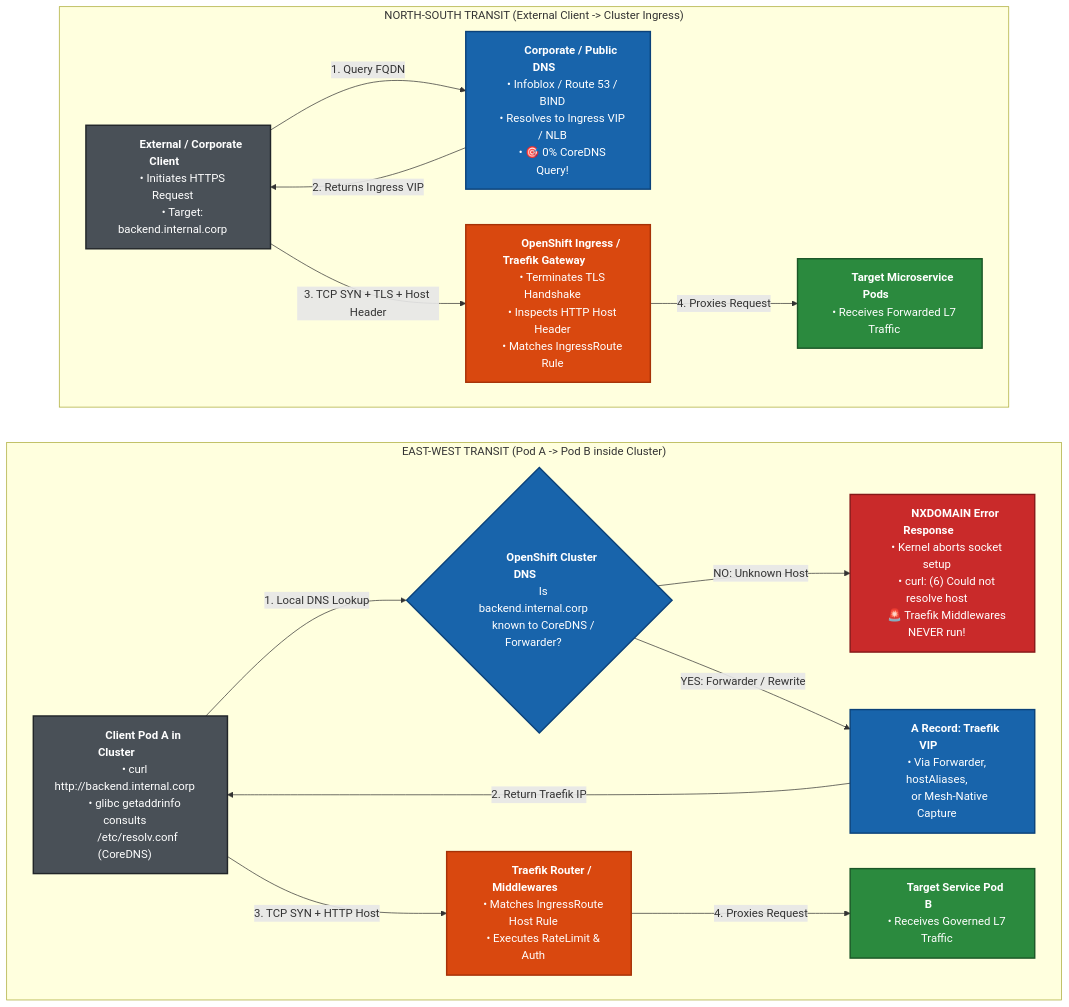
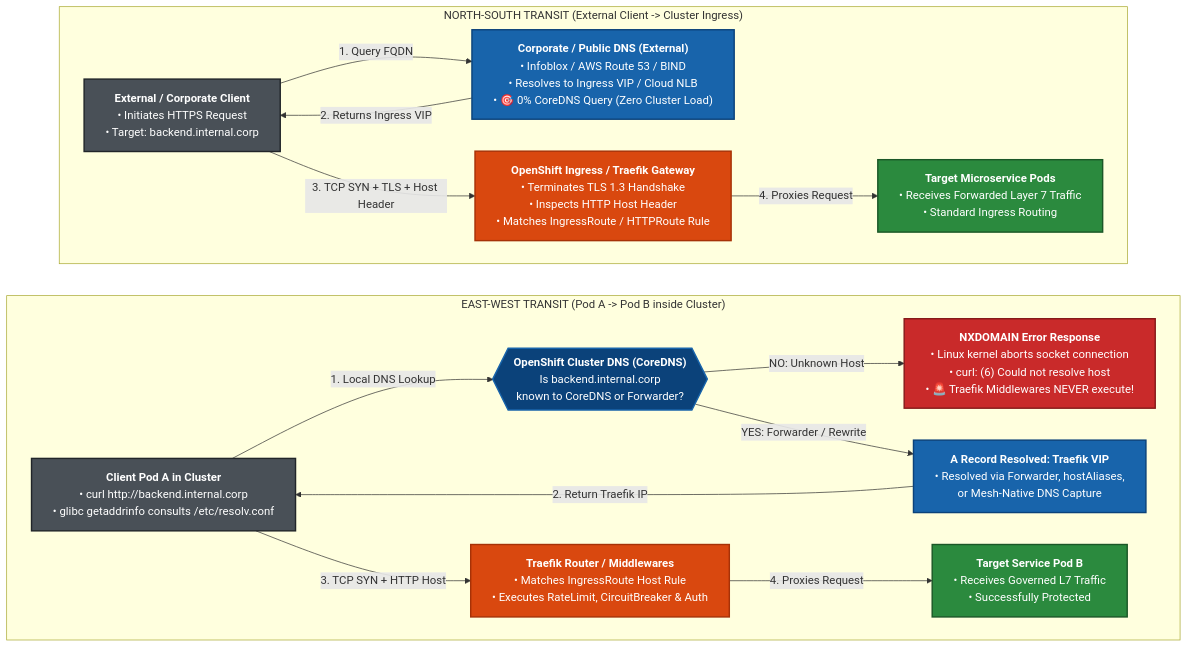
Before and after one commit to nubenetes/cloudnative-ingress-mesh-lab: the first of 10 diagrams in docs/FQDN_ROUTING.md, drawn with Mermaid. The commit also changed other lines of this file, not shown here.

Commit message:
fix(diagram): expand node widths, wrap text cleanly and use wide decision gate in Diagram 2.1 in FQDN_ROUTING.md

````diff
--- a/docs/FQDN_ROUTING.md
+++ b/docs/FQDN_ROUTING.md
@@ -82,52 +84,55 @@
 ```mermaid
+%%{init: {"flowchart": {"wrappingWidth": 450, "nodeSpacing": 45, "rankSpacing": 45}}}%%
 flowchart TD
-    subgraph NorthSouth ["&nbsp;&nbsp;&nbsp;&nbsp;&nbsp;&nbsp;&nbsp;&nbsp;&nbsp;&nbsp;&nbsp;&nbsp;NORTH-SOUTH TRANSIT (External Client -> Cluster Ingress)&nbsp;&nbsp;&nbsp;&nbsp;&nbsp;&nbsp;&nbsp;&nbsp;&nbsp;&nbsp;&nbsp;&nbsp;"]
-        ExtClient["&nbsp;&nbsp;&nbsp;&nbsp;&nbsp;&nbsp;&nbsp;&nbsp;&nbsp;&nbsp;<b>External / Corporate Client</b>&nbsp;&nbsp;&nbsp;&nbsp;&nbsp;&nbsp;&nbsp;&nbsp;&nbsp;&nbsp;<br/>&nbsp;&nbsp;&nbsp;&nbsp;• Initiates HTTPS Request&nbsp;&nbsp;&nbsp;&nbsp;<br/>&nbsp;&nbsp;&nbsp;&nbsp;• Target: backend.internal.corp&nbsp;&nbsp;&nbsp;&nbsp;"]
+    subgraph NorthSouth ["NORTH-SOUTH TRANSIT (External Client -> Cluster Ingress)"]
+        ExtClient["<b>External / Corporate Client</b><br/>• Initiates HTTPS Request<br/>• Target: backend.internal.corp"]
         
-        ExtDNS["&nbsp;&nbsp;&nbsp;&nbsp;&nbsp;&nbsp;&nbsp;&nbsp;&nbsp;&nbsp;<b>Corporate / Public DNS</b>&nbsp;&nbsp;&nbsp;&nbsp;&nbsp;&nbsp;&nbsp;&nbsp;&nbsp;&nbsp;<br/>&nbsp;&nbsp;&nbsp;&nbsp;• Infoblox / Route 53 / BIND&nbsp;&nbsp;&nbsp;&nbsp;<br/>&nbsp;&nbsp;&nbsp;&nbsp;• Resolves to Ingress VIP / NLB&nbsp;&nbsp;&nbsp;&nbsp;<br/>&nbsp;&nbsp;&nbsp;&nbsp;• 🎯 0% CoreDNS Query!&nbsp;&nbsp;&nbsp;&nbsp;"]
+        ExtDNS["<b>Corporate / Public DNS (External)</b><br/>• Infoblox / AWS Route 53 / BIND<br/>• Resolves to Ingress VIP / Cloud NLB<br/>• 🎯 0% CoreDNS Query (Zero Cluster Load)"]
         
-        IngressVIP["&nbsp;&nbsp;&nbsp;&nbsp;&nbsp;&nbsp;&nbsp;&nbsp;&nbsp;&nbsp;<b>OpenShift Ingress / Traefik Gateway</b>&nbsp;&nbsp;&nbsp;&nbsp;&nbsp;&nbsp;&nbsp;&nbsp;&nbsp;&nbsp;<br/>&nbsp;&nbsp;&nbsp;&nbsp;• Terminates TLS Handshake&nbsp;&nbsp;&nbsp;&nbsp;<br/>&nbsp;&nbsp;&nbsp;&nbsp;• Inspects HTTP Host Header&nbsp;&nbsp;&nbsp;&nbsp;<br/>&nbsp;&nbsp;&nbsp;&nbsp;• Matches IngressRoute Rule&nbsp;&nbsp;&nbsp;&nbsp;"]
+        IngressVIP["<b>OpenShift Ingress / Traefik Gateway</b><br/>• Terminates TLS 1.3 Handshake<br/>• Inspects HTTP Host Header<br/>• Matches IngressRoute / HTTPRoute Rule"]
         
-        NSBackend["&nbsp;&nbsp;&nbsp;&nbsp;&nbsp;&nbsp;&nbsp;&nbsp;&nbsp;&nbsp;<b>Target Microservice Pods</b>&nbsp;&nbsp;&nbsp;&nbsp;&nbsp;&nbsp;&nbsp;&nbsp;&nbsp;&nbsp;<br/>&nbsp;&nbsp;&nbsp;&nbsp;• Receives Forwarded L7 Traffic&nbsp;&nbsp;&nbsp;&nbsp;"]
+        NSBackend["<b>Target Microservice Pods</b><br/>• Receives Forwarded Layer 7 Traffic<br/>• Standard Ingress Routing"]
 
         ExtClient -->|"1. Query FQDN"| ExtDNS
         ExtDNS -->|"2. Returns Ingress VIP"| ExtClient
         ExtClient -->|"3. TCP SYN + TLS + Host Header"| IngressVIP
         IngressVIP -->|"4. Proxies Request"| NSBackend
     end
 
     NorthSouth ~~~ EastWest
 
-    subgraph EastWest ["&nbsp;&nbsp;&nbsp;&nbsp;&nbsp;&nbsp;&nbsp;&nbsp;&nbsp;&nbsp;&nbsp;&nbsp;EAST-WEST TRANSIT (Pod A -> Pod B inside Cluster)&nbsp;&nbsp;&nbsp;&nbsp;&nbsp;&nbsp;&nbsp;&nbsp;&nbsp;&nbsp;&nbsp;&nbsp;"]
-        PodA["&nbsp;&nbsp;&nbsp;&nbsp;&nbsp;&nbsp;&nbsp;&nbsp;&nbsp;&nbsp;<b>Client Pod A in Cluster</b>&nbsp;&nbsp;&nbsp;&nbsp;&nbsp;&nbsp;&nbsp;&nbsp;&nbsp;&nbsp;<br/>&nbsp;&nbsp;&nbsp;&nbsp;• curl http://backend.internal.corp&nbsp;&nbsp;&nbsp;&nbsp;<br/>&nbsp;&nbsp;&nbsp;&nbsp;• glibc getaddrinfo consults&nbsp;&nbsp;&nbsp;&nbsp;<br/>&nbsp;&nbsp;&nbsp;&nbsp;&nbsp;&nbsp;/etc/resolv.conf (CoreDNS)&nbsp;&nbsp;&nbsp;&nbsp;"]
+    subgraph EastWest ["EAST-WEST TRANSIT (Pod A -> Pod B inside Cluster)"]
+        PodA["<b>Client Pod A in Cluster</b><br/>• curl http://backend.internal.corp<br/>• glibc getaddrinfo consults /etc/resolv.conf"]
         
-        ClusterDNS{"&nbsp;&nbsp;&nbsp;&nbsp;&nbsp;&nbsp;&nbsp;&nbsp;&nbsp;&nbsp;<b>OpenShift Cluster DNS</b>&nbsp;&nbsp;&nbsp;&nbsp;&nbsp;&nbsp;&nbsp;&nbsp;&nbsp;&nbsp;<br/>&nbsp;&nbsp;&nbsp;&nbsp;Is backend.internal.corp&nbsp;&nbsp;&nbsp;&nbsp;<br/>&nbsp;&nbsp;&nbsp;&nbsp;known to CoreDNS / Forwarder?&nbsp;&nbsp;&nbsp;&nbsp;"}
+        ClusterDNS{{"<b>OpenShift Cluster DNS (CoreDNS)</b><br/>Is backend.internal.corp<br/>known to CoreDNS or Forwarder?"}}
         
-        NXDomain["&nbsp;&nbsp;&nbsp;&nbsp;&nbsp;&nbsp;&nbsp;&nbsp;&nbsp;&nbsp;<b>NXDOMAIN Error Response</b>&nbsp;&nbsp;&nbsp;&nbsp;&nbsp;&nbsp;&nbsp;&nbsp;&nbsp;&nbsp;<br/>&nbsp;&nbsp;&nbsp;&nbsp;• Kernel aborts socket setup&nbsp;&nbsp;&nbsp;&nbsp;<br/>&nbsp;&nbsp;&nbsp;&nbsp;• curl: (6) Could not resolve host&nbsp;&nbsp;&nbsp;&nbsp;<br/>&nbsp;&nbsp;&nbsp;&nbsp;🚨 Traefik Middlewares NEVER run!&nbsp;&nbsp;&nbsp;&nbsp;"]
+        NXDomain["<b>NXDOMAIN Error Response</b><br/>• Linux kernel aborts socket connection<br/>• curl: (6) Could not resolve host<br/>• 🚨 Traefik Middlewares NEVER execute!"]
         
-        ResolvedVIP["&nbsp;&nbsp;&nbsp;&nbsp;&nbsp;&nbsp;&nbsp;&nbsp;&nbsp;&nbsp;<b>A Record: Traefik VIP</b>&nbsp;&nbsp;&nbsp;&nbsp;&nbsp;&nbsp;&nbsp;&nbsp;&nbsp;&nbsp;<br/>&nbsp;&nbsp;&nbsp;&nbsp;• Via Forwarder, hostAliases,&nbsp;&nbsp;&nbsp;&nbsp;<br/>&nbsp;&nbsp;&nbsp;&nbsp;&nbsp;&nbsp;or Mesh-Native Capture&nbsp;&nbsp;&nbsp;&nbsp;"]
+        ResolvedVIP["<b>A Record Resolved: Traefik VIP</b><br/>• Resolved via Forwarder, hostAliases,<br/>  or Mesh-Native DNS Capture"]
         
-        TraefikEW["&nbsp;&nbsp;&nbsp;&nbsp;&nbsp;&nbsp;&nbsp;&nbsp;&nbsp;&nbsp;<b>Traefik Router / Middlewares</b>&nbsp;&nbsp;&nbsp;&nbsp;&nbsp;&nbsp;&nbsp;&nbsp;&nbsp;&nbsp;<br/>&nbsp;&nbsp;&nbsp;&nbsp;• Matches IngressRoute Host Rule&nbsp;&nbsp;&nbsp;&nbsp;<br/>&nbsp;&nbsp;&nbsp;&nbsp;• Executes RateLimit & Auth&nbsp;&nbsp;&nbsp;&nbsp;"]
+        TraefikEW["<b>Traefik Router / Middlewares</b><br/>• Matches IngressRoute Host Rule<br/>• Executes RateLimit, CircuitBreaker & Auth"]
         
-        EWBackend["&nbsp;&nbsp;&nbsp;&nbsp;&nbsp;&nbsp;&nbsp;&nbsp;&nbsp;&nbsp;<b>Target Service Pod B</b>&nbsp;&nbsp;&nbsp;&nbsp;&nbsp;&nbsp;&nbsp;&nbsp;&nbsp;&nbsp;<br/>&nbsp;&nbsp;&nbsp;&nbsp;• Receives Governed L7 Traffic&nbsp;&nbsp;&nbsp;&nbsp;"]
+        EWBackend["<b>Target Service Pod B</b><br/>• Receives Governed L7 Traffic<br/>• Successfully Protected"]
 
         PodA -->|"1. Local DNS Lookup"| ClusterDNS
         ClusterDNS -->|"NO: Unknown Host"| NXDomain
         ClusterDNS -->|"YES: Forwarder / Rewrite"| ResolvedVIP
         ResolvedVIP -->|"2. Return Traefik IP"| PodA
         PodA -->|"3. TCP SYN + HTTP Host"| TraefikEW
         TraefikEW -->|"4. Proxies Request"| EWBackend
     end
 
-    classDef client fill:#495057,stroke:#212529,stroke-width:2px,color:#fff;
-    classDef dns fill:#1864ab,stroke:#0b427a,stroke-width:2px,color:#fff;
-    classDef router fill:#d9480f,stroke:#a63207,stroke-width:2px,color:#fff;
-    classDef backend fill:#2b8a3e,stroke:#1b5727,stroke-width:2px,color:#fff;
-    classDef error fill:#c92a2a,stroke:#861919,stroke-width:2px,color:#fff;
+    classDef client fill:#495057,stroke:#212529,stroke-width:2px,color:#fff,min-width:300px;
+    classDef dns fill:#1864ab,stroke:#0b427a,stroke-width:2px,color:#fff,min-width:300px;
+    classDef router fill:#d9480f,stroke:#a63207,stroke-width:2px,color:#fff,min-width:300px;
+    classDef backend fill:#2b8a3e,stroke:#1b5727,stroke-width:2px,color:#fff,min-width:300px;
+    classDef error fill:#c92a2a,stroke:#861919,stroke-width:2px,color:#fff,min-width:300px;
+    classDef decision fill:#0b427a,stroke:#1864ab,stroke-width:2px,color:#fff,min-width:340px;
 
     class ExtClient,PodA client;
-    class ExtDNS,ClusterDNS,ResolvedVIP dns;
+    class ExtDNS,ResolvedVIP dns;
+    class ClusterDNS decision;
     class IngressVIP,TraefikEW router;
     class NSBackend,EWBackend backend;
     class NXDomain error;
 ```
````
